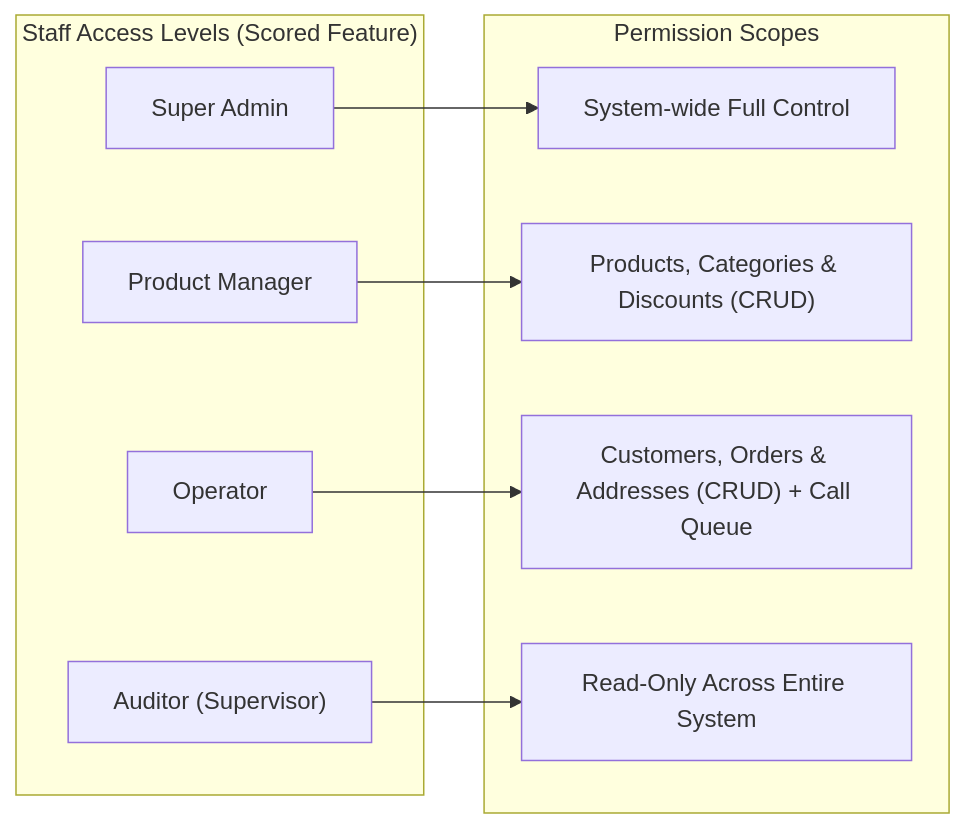
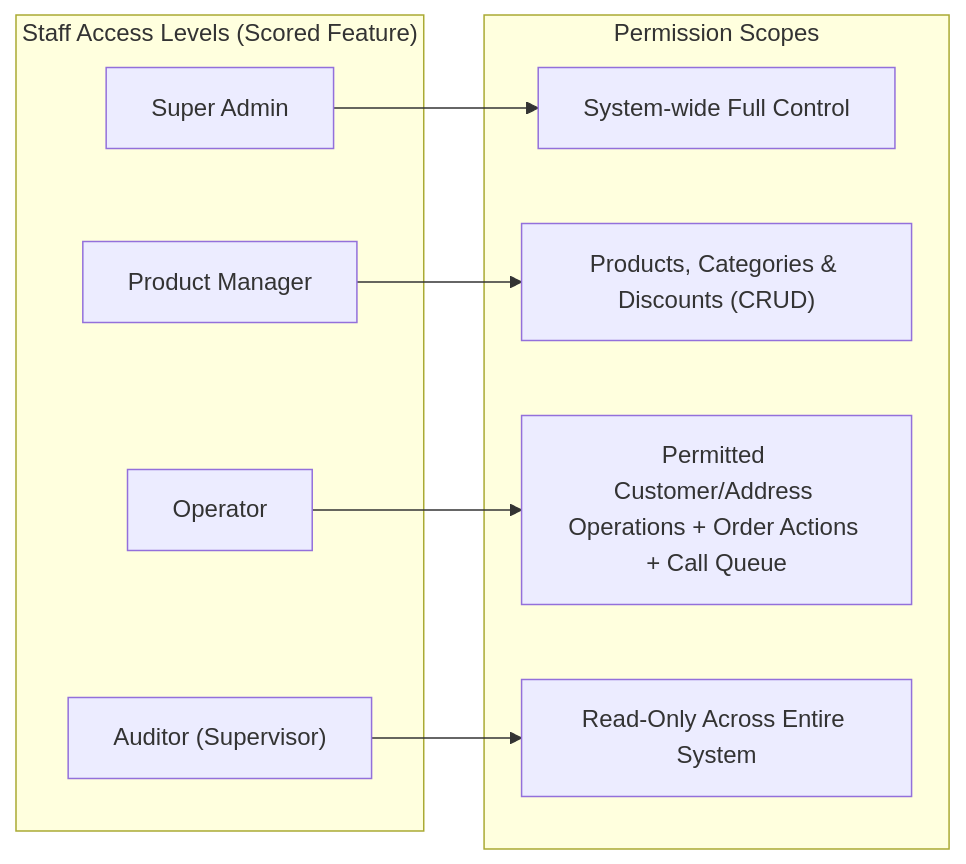
Before and after one commit to mehdi-mirzaie78/Full-Stack-Online-Shop: the fifth of 6 diagrams in REQUIREMENTS.md, drawn with Mermaid. The commit also changed other lines of this file and 47 other files, not shown here.

Commit message:
feat: establish storefront foundations and admin architecture

````diff
--- a/REQUIREMENTS.md
+++ b/REQUIREMENTS.md
@@ -287,21 +316,21 @@
   ```mermaid
   graph LR
       subgraph StaffRoles["Staff Access Levels (Scored Feature)"]
           SA["Super Admin"]
           PM["Product Manager"]
           OP["Operator"]
           AU["Auditor (Supervisor)"]
       end
 
       subgraph AccessPermissions["Permission Scopes"]
           P_FULL["System-wide Full Control"]
           P_CAT["Products, Categories & Discounts (CRUD)"]
-          P_ORD["Customers, Orders & Addresses (CRUD) + Call Queue"]
+          P_ORD["Permitted Customer/Address Operations + Order Actions + Call Queue"]
           P_RO["Read-Only Across Entire System"]
       end
 
       SA --> P_FULL
       PM --> P_CAT
       OP --> P_ORD
       AU --> P_RO
   ```
````
